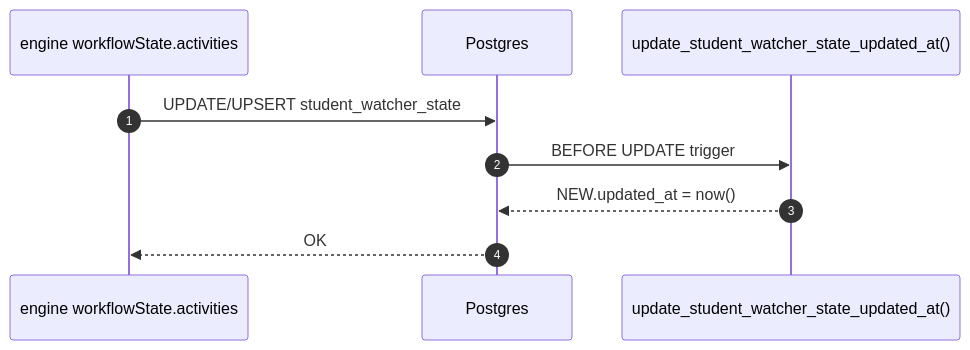
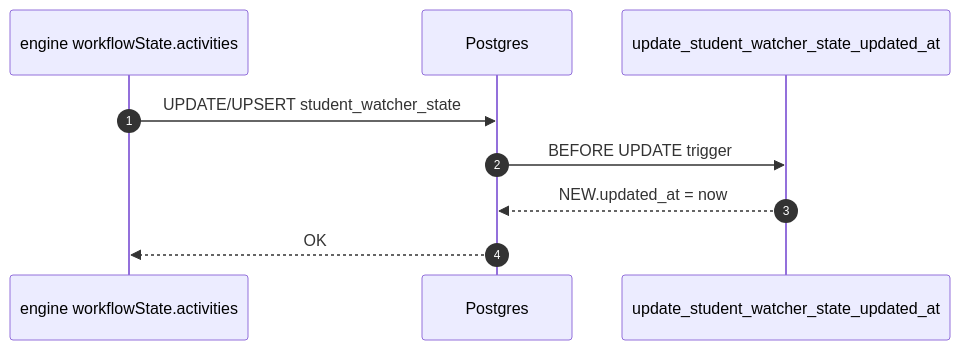
Before and after one commit to DormWay/mintlify-docs: diagram 16 of 23 in docs/engineering/architecture/how-dormway-works.mdx, drawn with Mermaid. The commit also changed other lines of this file, not shown here.

First line of the commit message:
fix: sanitize all 23 mermaid diagrams for Mermaid 11.x

````diff
--- a/docs/engineering/architecture/how-dormway-works.mdx
+++ b/docs/engineering/architecture/how-dormway-works.mdx
@@ -826,12 +826,12 @@
 ```mermaid
 sequenceDiagram
   autonumber
   participant Engine as engine workflowState.activities
   participant DB as Postgres
-  participant Trigger as update_student_watcher_state_updated_at()
+  participant Trigger as update_student_watcher_state_updated_at
 
   Engine->>DB: UPDATE/UPSERT student_watcher_state
   DB->>Trigger: BEFORE UPDATE trigger
-  Trigger-->>DB: NEW.updated_at = now()
+  Trigger-->>DB: NEW.updated_at = now
   DB-->>Engine: OK
 ```
````
